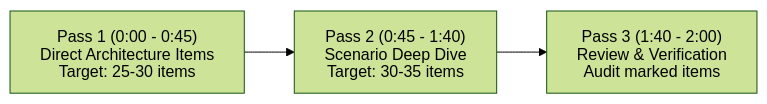
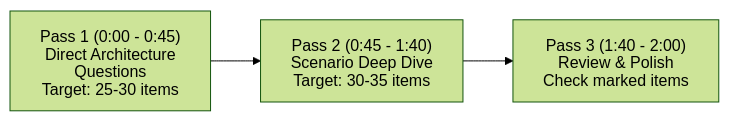
Before and after one commit to dip4k/claude_cert_architect_foundation_prep: the eighth of 8 diagrams in EXAM_REFRESHER.md, drawn with Mermaid (forest theme). The commit also changed other lines of this file and 50 other files, not shown here.

````diff
--- a/EXAM_REFRESHER.md
+++ b/EXAM_REFRESHER.md
@@ -291,9 +419,9 @@
 ```mermaid
 ---
 config:
   htmlLabels: false
 ---
 flowchart LR
-    P1["Pass 1 (0:00 - 0:45)<br>Direct Architecture Items<br>Target: 25-30 items"] --> P2["Pass 2 (0:45 - 1:40)<br>Scenario Deep Dive<br>Target: 30-35 items"]
-    P2 --> P3["Pass 3 (1:40 - 2:00)<br>Review & Verification<br>Audit marked items"]
+    P1["Pass 1 (0:00 - 0:45)<br>Direct Architecture Questions<br>Target: 25-30 items"] --> P2["Pass 2 (0:45 - 1:40)<br>Scenario Deep Dive<br>Target: 30-35 items"]
+    P2 --> P3["Pass 3 (1:40 - 2:00)<br>Review & Polish<br>Check marked items"]
 ```
````
